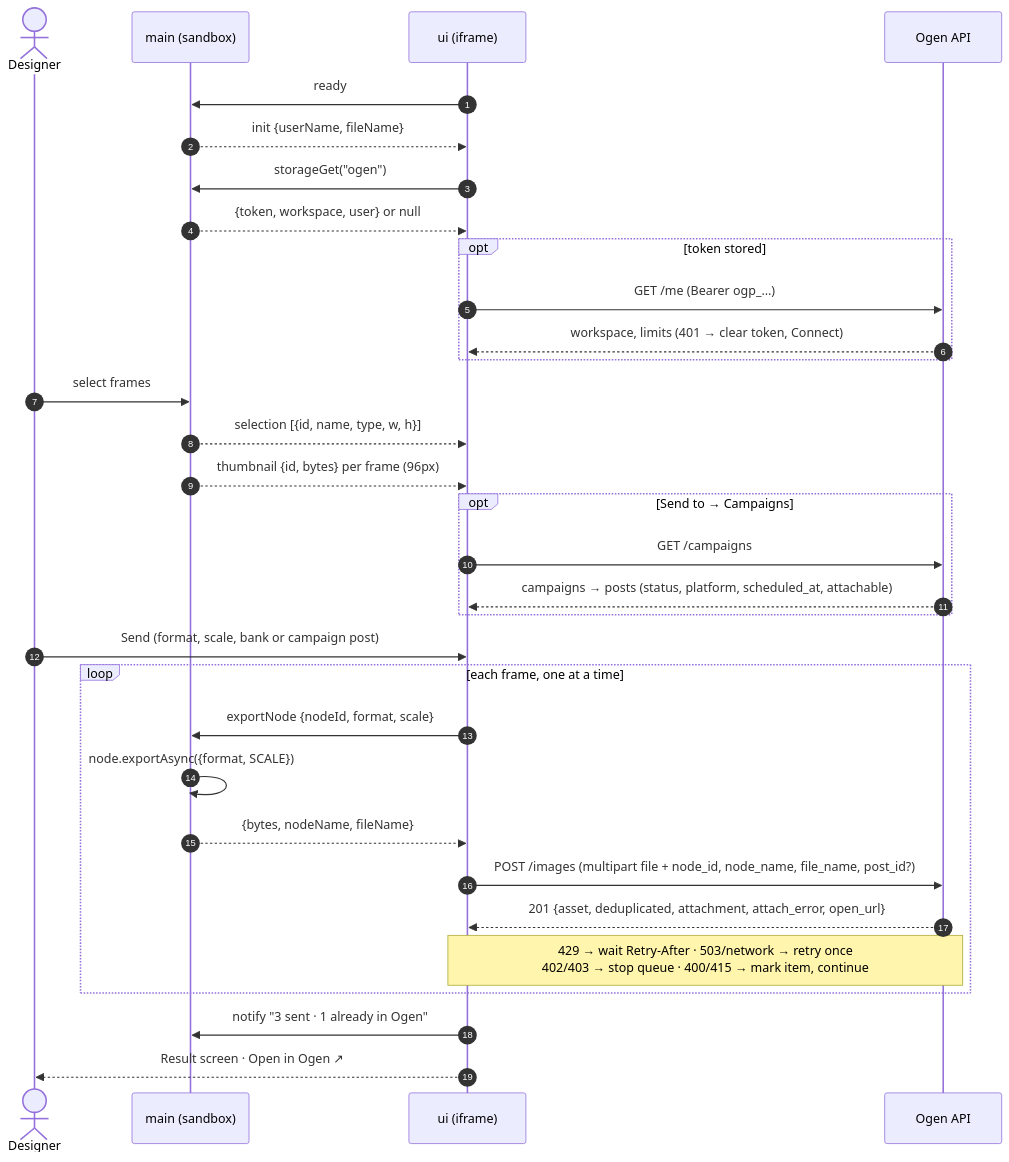
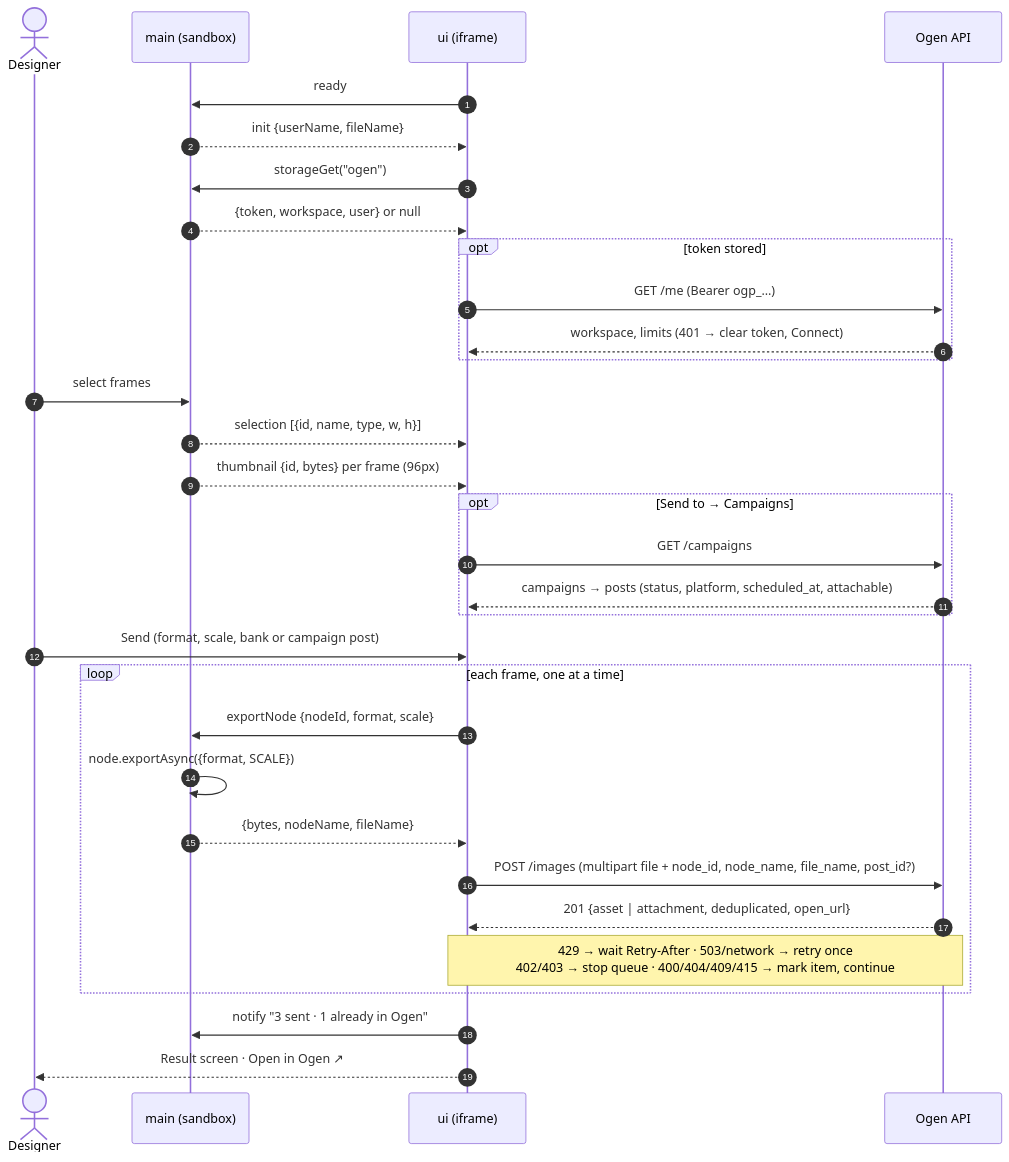
Before and after one commit to ogen-app/figma-plugin: the first of 3 diagrams in README.md, drawn with Mermaid. The commit also changed other lines of this file and 9 other files, not shown here.

````diff
--- a/README.md
+++ b/README.md
@@ -98,37 +99,37 @@
 ```mermaid
 sequenceDiagram
     autonumber
     actor D as Designer
     participant M as main (sandbox)
     participant U as ui (iframe)
     participant API as Ogen API
 
     U->>M: ready
     M-->>U: init {userName, fileName}
     U->>M: storageGet("ogen")
     M-->>U: {token, workspace, user} or null
     opt token stored
         U->>API: GET /me (Bearer ogp_…)
         API-->>U: workspace, limits (401 → clear token, Connect)
     end
 
     D->>M: select frames
     M-->>U: selection [{id, name, type, w, h}]
     M-->>U: thumbnail {id, bytes} per frame (96px)
 
     opt Send to → Campaigns
         U->>API: GET /campaigns
         API-->>U: campaigns → posts (status, platform, scheduled_at, attachable)
     end
     D->>U: Send (format, scale, bank or campaign post)
     loop each frame, one at a time
         U->>M: exportNode {nodeId, format, scale}
         M->>M: node.exportAsync({format, SCALE})
         M-->>U: {bytes, nodeName, fileName}
         U->>API: POST /images (multipart file + node_id, node_name, file_name, post_id?)
-        API-->>U: 201 {asset, deduplicated, attachment, attach_error, open_url}
-        Note over U,API: 429 → wait Retry-After · 503/network → retry once<br/>402/403 → stop queue · 400/415 → mark item, continue
+        API-->>U: 201 {asset | attachment, deduplicated, open_url}
+        Note over U,API: 429 → wait Retry-After · 503/network → retry once<br/>402/403 → stop queue · 400/404/409/415 → mark item, continue
     end
     U->>M: notify "3 sent · 1 already in Ogen"
     U-->>D: Result screen · Open in Ogen ↗
 ```
````
